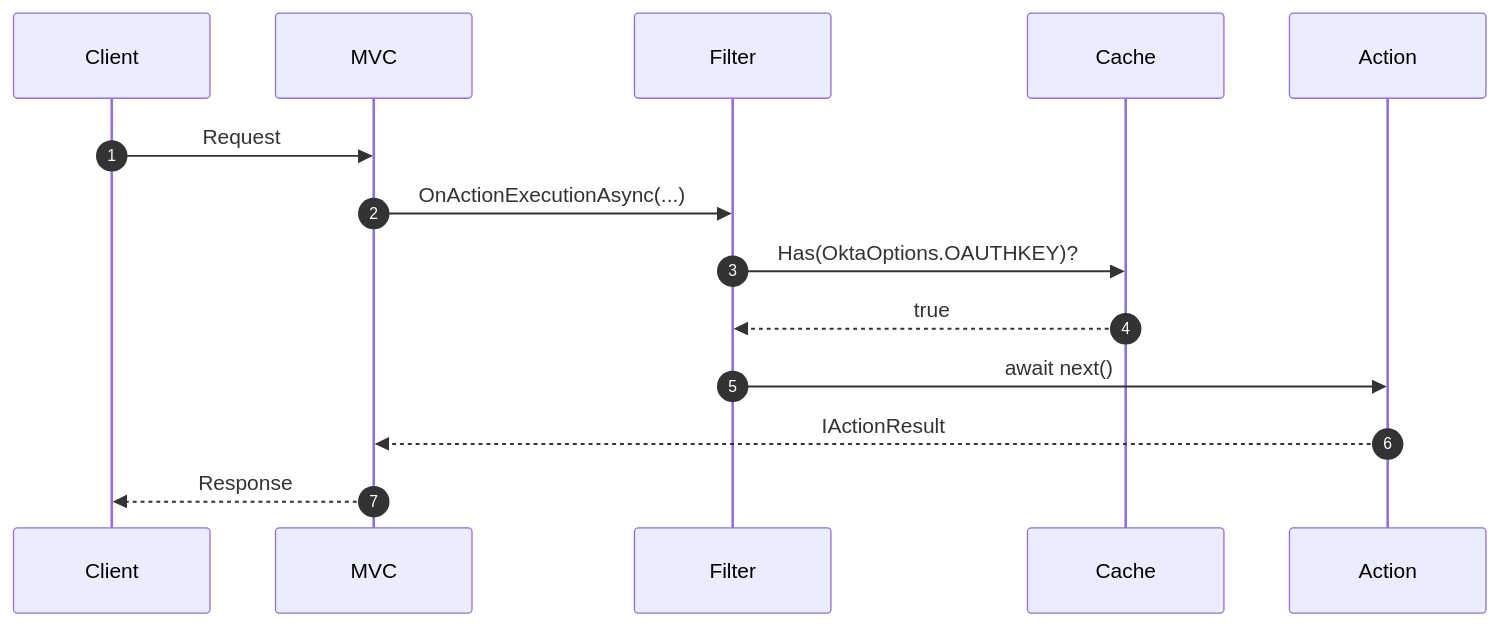
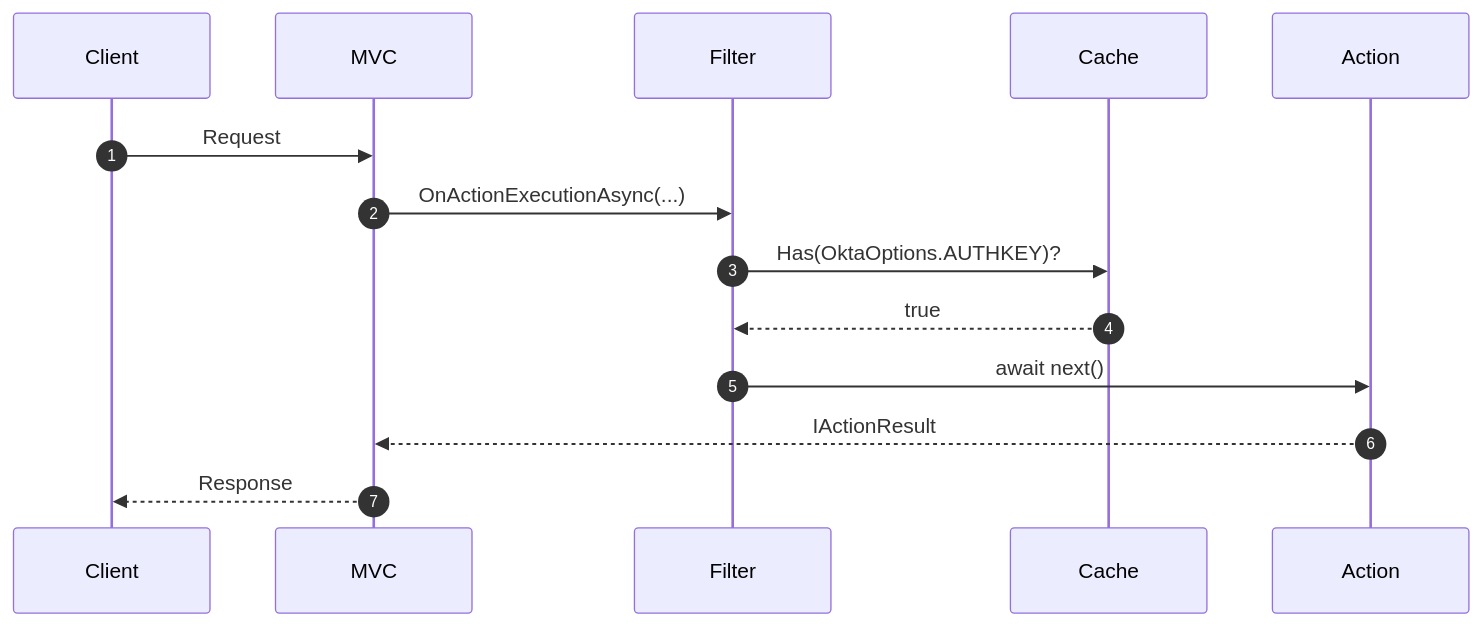
The third of 4 diagrams in README.md (john-maurer/Maurer.OktaFilter), drawn with Mermaid before and after one commit. The commit also changed other lines of this file and 11 other files, not shown here.

````diff
--- a/README.md
+++ b/README.md
@@ -234,17 +238,17 @@
 ```mermaid
 sequenceDiagram
 autonumber
 participant Client
 participant MVC
 participant Filter
 participant Cache
 participant Action
 
 Client->>MVC: Request
 MVC->>Filter: OnActionExecutionAsync(...)
-Filter->>Cache: Has(OktaOptions.OAUTHKEY)?
+Filter->>Cache: Has(OktaOptions.AUTHKEY)?
 Cache-->>Filter: true
 Filter->>Action: await next()
 Action-->>MVC: IActionResult
 MVC-->>Client: Response
 ```
````
